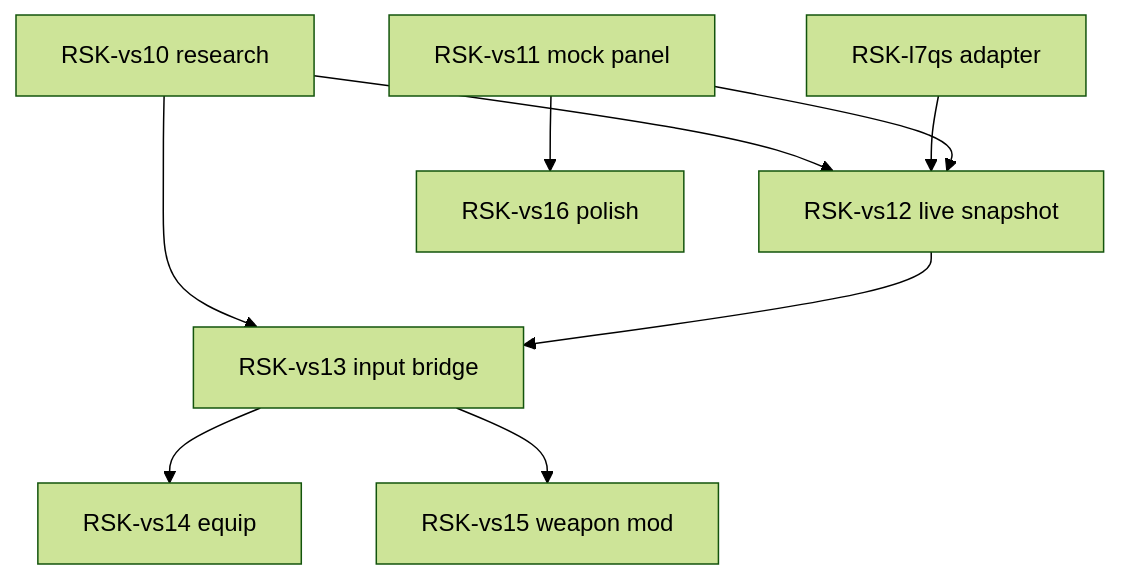
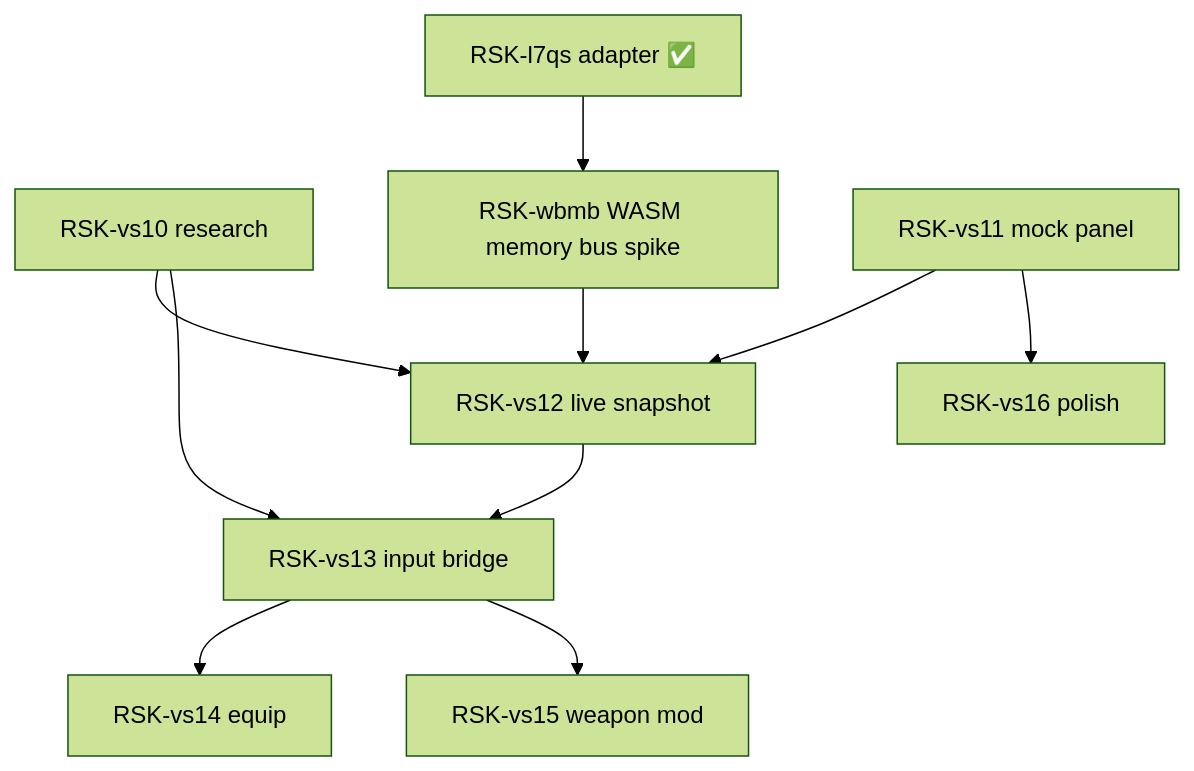
The diagram in .groove/tasks/RSK-uxvs--epic-vagrant-story-ui-remaster-and-emulator-bridge.md (andreadellacorte/riskbreaker), drawn with Mermaid (forest theme) before and after one commit. The commit also changed other lines of this file and 39 other files, not shown here.

````diff
--- a/.groove/tasks/RSK-uxvs--epic-vagrant-story-ui-remaster-and-emulator-bridge.md
+++ b/.groove/tasks/RSK-uxvs--epic-vagrant-story-ui-remaster-and-emulator-bridge.md
@@ -39,19 +40,21 @@
 ```mermaid
 flowchart TD
   vs10[RSK-vs10 research]
-  l7qs[RSK-l7qs adapter]
+  l7qs[RSK-l7qs adapter ✅]
+  wbmb[RSK-wbmb WASM memory bus spike]
   vs11[RSK-vs11 mock panel]
   vs12[RSK-vs12 live snapshot]
   vs13[RSK-vs13 input bridge]
   vs14[RSK-vs14 equip]
   vs15[RSK-vs15 weapon mod]
   vs16[RSK-vs16 polish]
   vs10 --> vs12
   vs10 --> vs13
-  l7qs --> vs12
+  l7qs --> wbmb
+  wbmb --> vs12
   vs11 --> vs12
   vs12 --> vs13
   vs13 --> vs14
   vs13 --> vs15
   vs11 --> vs16
 ```
````
